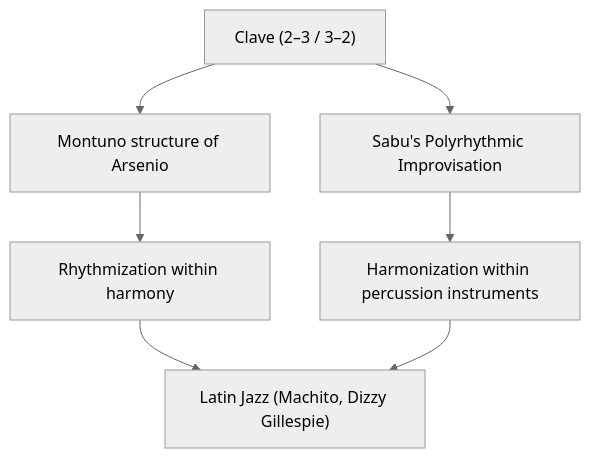
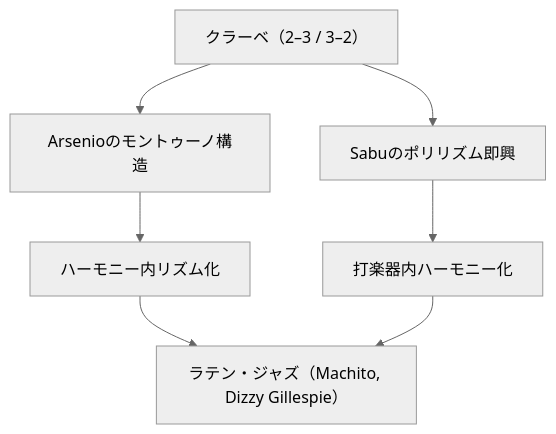
One commit to monumental-movement/monumental-movement.github.io changed the first of 2 diagrams in en/_posts/2025-10-30-column-sabu-martinez-arsenio-rodriguez.md. Above: the diagram before and after it, drawn with Mermaid (neutral theme). The commit also changed other lines of this file and 1701 other files, not shown here.

```diff
--- a/en/_posts/2025-10-30-column-sabu-martinez-arsenio-rodriguez.md
+++ b/en/_posts/2025-10-30-column-sabu-martinez-arsenio-rodriguez.md
@@ -134,11 +132,11 @@
 <div class="mermaid">
 
 flowchart TD
-A["Clave (2–3 / 3–2)"] --> B["Montuno structure of Arsenio"]
-A --> C["Sabu's Polyrhythmic Improvisation"]
-B --> D["Rhythmization within harmony"]
-C --> E["Harmonization within percussion instruments"]
-D --> F["Latin Jazz (Machito, Dizzy Gillespie)"]
-E --> F
+    A["クラーベ（2–3 / 3–2）"] --> B["Arsenioのモントゥーノ構造"]
+    A --> C["Sabuのポリリズム即興"]
+    B --> D["ハーモニー内リズム化"]
+    C --> E["打楽器内ハーモニー化"]
+    D --> F["ラテン・ジャズ（Machito, Dizzy Gillespie）"]
+    E --> F
 
 </div>
```
